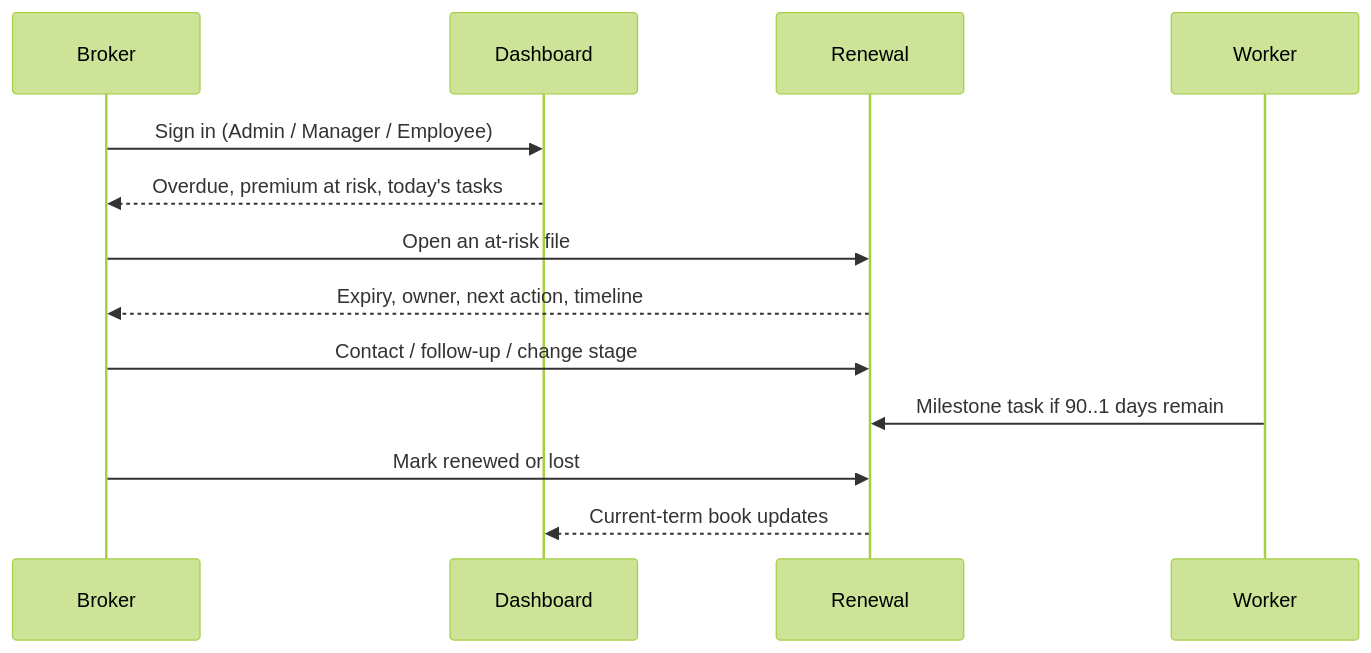
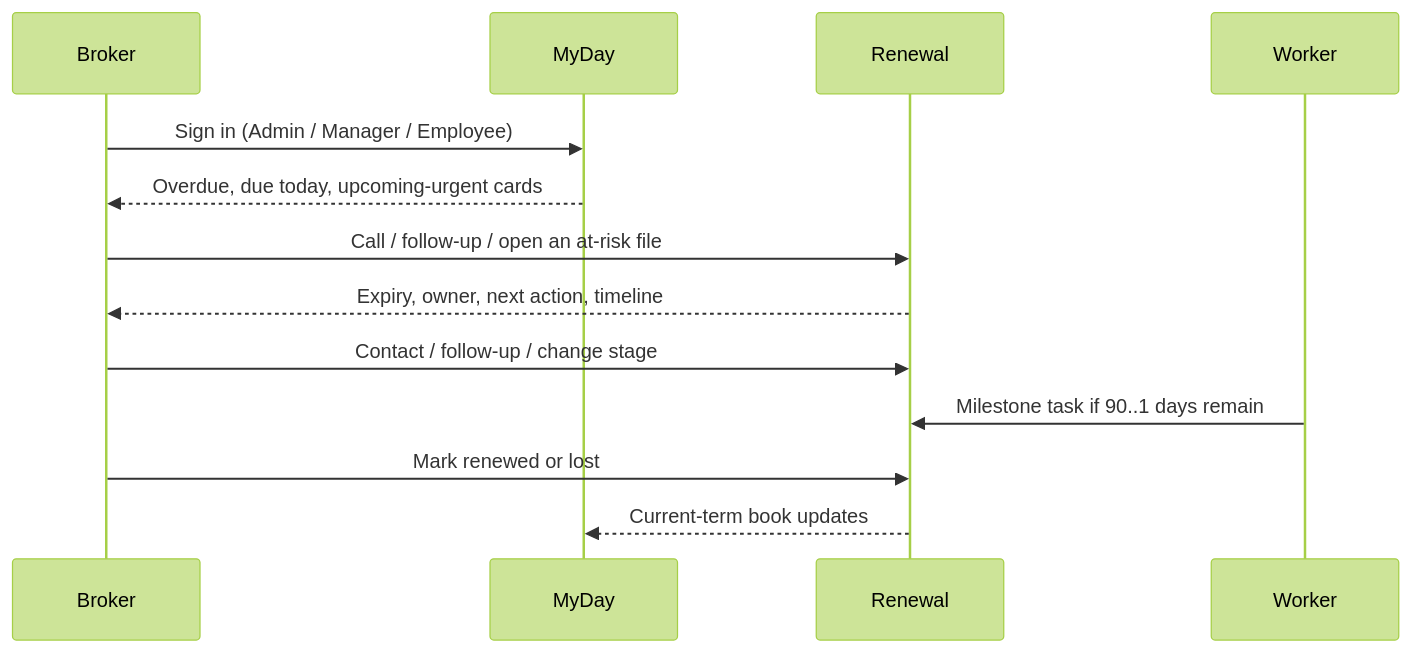
One commit to jeet264/BrokerDemo changed the sixth of 6 diagrams in docs/OVERVIEW.md. Above: the diagram before and after it, drawn with Mermaid (forest theme). The commit also changed other lines of this file, not shown here.

Commit message:
Document My Day and bulk import in the product overview.

````diff
--- a/docs/OVERVIEW.md
+++ b/docs/OVERVIEW.md
@@ -161,16 +162,16 @@
 ```mermaid
 sequenceDiagram
   participant Broker
-  participant Dashboard
+  participant MyDay
   participant Renewal
   participant Worker
 
-  Broker->>Dashboard: Sign in (Admin / Manager / Employee)
-  Dashboard-->>Broker: Overdue, premium at risk, today's tasks
-  Broker->>Renewal: Open an at-risk file
+  Broker->>MyDay: Sign in (Admin / Manager / Employee)
+  MyDay-->>Broker: Overdue, due today, upcoming-urgent cards
+  Broker->>Renewal: Call / follow-up / open an at-risk file
   Renewal-->>Broker: Expiry, owner, next action, timeline
   Broker->>Renewal: Contact / follow-up / change stage
   Worker->>Renewal: Milestone task if 90..1 days remain
   Broker->>Renewal: Mark renewed or lost
-  Renewal-->>Dashboard: Current-term book updates
+  Renewal-->>MyDay: Current-term book updates
 ```
````
